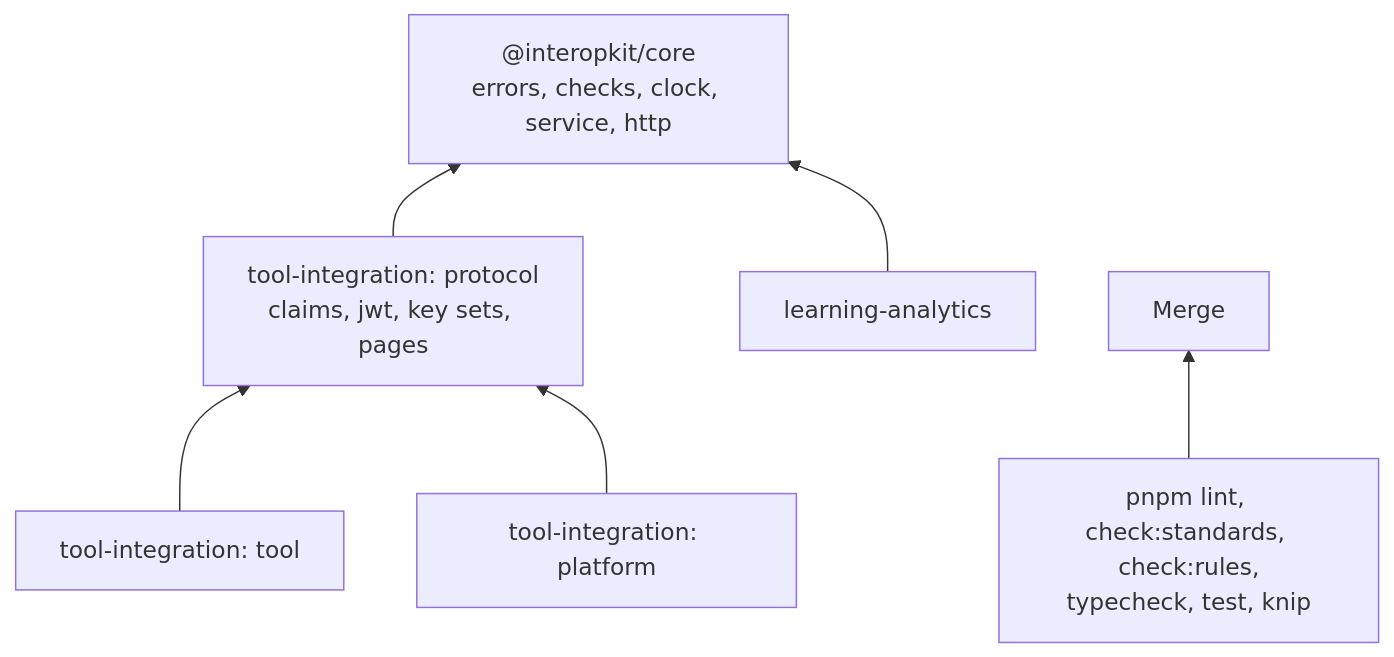
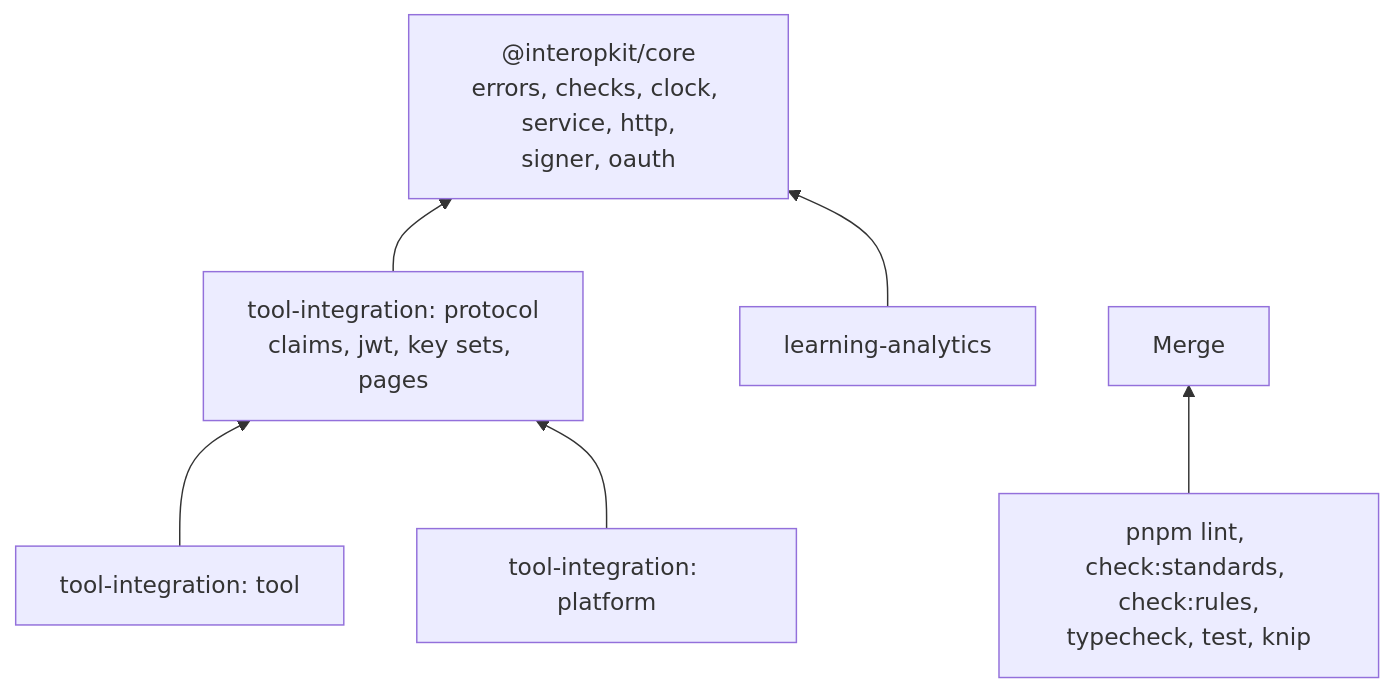
Before and after one commit to interopkit/interopkit: the diagram in AGENTS.md, drawn with Mermaid. The commit also changed other lines of this file and 48 other files, not shown here.

First line of the commit message:
Add the Signer port, random source and OAuth 2.0 clients to core

````diff
--- a/AGENTS.md
+++ b/AGENTS.md
@@ -11,13 +11,13 @@
 ```mermaid
 flowchart BT
-  core["@interopkit/core<br/>errors, checks, clock, service, http"]
+  core["@interopkit/core<br/>errors, checks, clock, service, http,<br/>signer, oauth"]
   proto["tool-integration: protocol<br/>claims, jwt, key sets, pages"]
   tool["tool-integration: tool"]
   plat["tool-integration: platform"]
   la["learning-analytics"]
   proto --> core
   tool --> proto
   plat --> proto
   la --> core
   gates["pnpm lint, check:standards, check:rules,<br/>typecheck, test, knip"] --> merge["Merge"]
 ```
````
